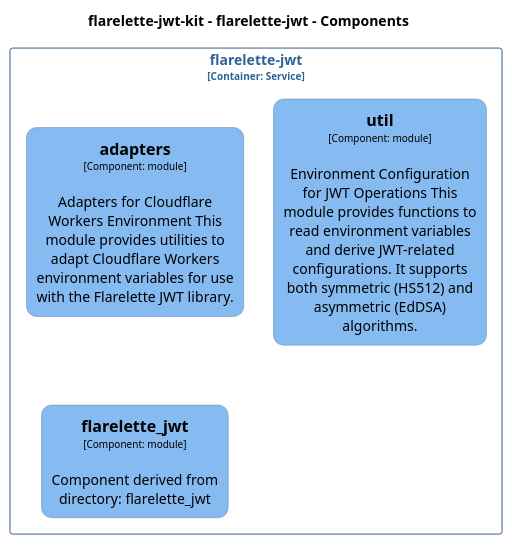
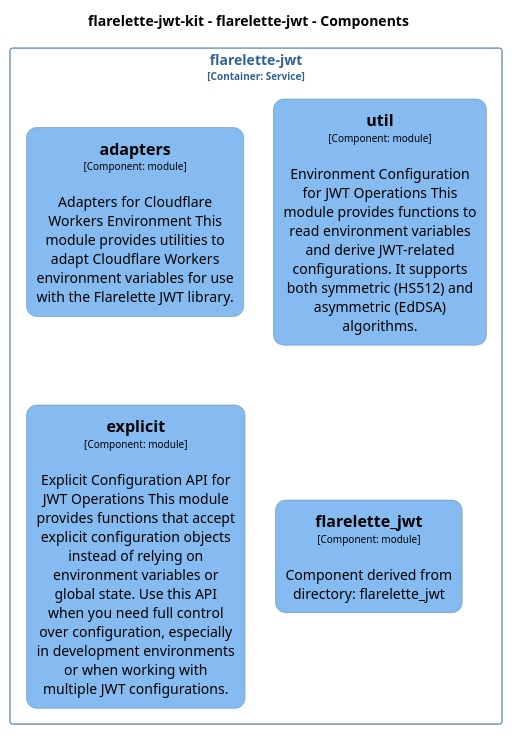
One commit to chrislyons-dev/flarelette-jwt-kit changed the diagram in docs/architecture/diagrams/plantuml/structurizr-Components_flarelette_jwt.puml. Above: the diagram before and after it, drawn with PlantUML. The commit also changed 47 other files, not shown here.

First line of the commit message:
fix: enhance explicit config functions for jwt signing (#25)

```diff
--- a/docs/architecture/diagrams/plantuml/structurizr-Components_flarelette_jwt.puml
+++ b/docs/architecture/diagrams/plantuml/structurizr-Components_flarelette_jwt.puml
@@ -1,52 +1,60 @@
 @startuml
 set separator none
 title flarelette-jwt-kit - flarelette-jwt - Components
 
 top to bottom direction
 skinparam ranksep 60
 skinparam nodesep 30
 
 skinparam {
   arrowFontSize 10
   defaultTextAlignment center
   wrapWidth 200
   maxMessageSize 100
   defaultFontName "Arial"
 }
 
 hide stereotype
 
 skinparam rectangle<<flarelettejwtkit.flarelettejwt.adapters>> {
+  BackgroundColor #85bbf0
+  FontColor #000000
+  BorderColor #5d82a8
+  roundCorner 20
+  shadowing false
+}
+skinparam rectangle<<flarelettejwtkit.flarelettejwt.explicit>> {
   BackgroundColor #85bbf0
   FontColor #000000
   BorderColor #5d82a8
   roundCorner 20
   shadowing false
 }
 skinparam rectangle<<flarelettejwtkit.flarelettejwt.flarelette_jwt>> {
   BackgroundColor #85bbf0
   FontColor #000000
   BorderColor #5d82a8
   roundCorner 20
   shadowing false
 }
 skinparam rectangle<<flarelettejwtkit.flarelettejwt.util>> {
   BackgroundColor #85bbf0
   FontColor #000000
   BorderColor #5d82a8
   roundCorner 20
   shadowing false
 }
 skinparam rectangle<<flarelettejwtkit.flarelettejwt>> {
   BorderColor #2e6295
   FontColor #2e6295
   shadowing false
 }
 
 rectangle "flarelette-jwt\n<size:10>[Container: Service]</size>" <<flarelettejwtkit.flarelettejwt>> {
   rectangle "==adapters\n<size:10>[Component: module]</size>\n\nAdapters for Cloudflare Workers Environment This module provides utilities to adapt Cloudflare Workers environment variables for use with the Flarelette JWT library." <<flarelettejwtkit.flarelettejwt.adapters>> as flarelettejwtkit.flarelettejwt.adapters
   rectangle "==util\n<size:10>[Component: module]</size>\n\nEnvironment Configuration for JWT Operations This module provides functions to read environment variables and derive JWT-related configurations. It supports both symmetric (HS512) and asymmetric (EdDSA) algorithms." <<flarelettejwtkit.flarelettejwt.util>> as flarelettejwtkit.flarelettejwt.util
+  rectangle "==explicit\n<size:10>[Component: module]</size>\n\nExplicit Configuration API for JWT Operations This module provides functions that accept explicit configuration objects instead of relying on environment variables or global state. Use this API when you need full control over configuration, especially in development environments or when working with multiple JWT configurations." <<flarelettejwtkit.flarelettejwt.explicit>> as flarelettejwtkit.flarelettejwt.explicit
   rectangle "==flarelette_jwt\n<size:10>[Component: module]</size>\n\nComponent derived from directory: flarelette_jwt" <<flarelettejwtkit.flarelettejwt.flarelette_jwt>> as flarelettejwtkit.flarelettejwt.flarelette_jwt
 }
 
 @enduml
```
